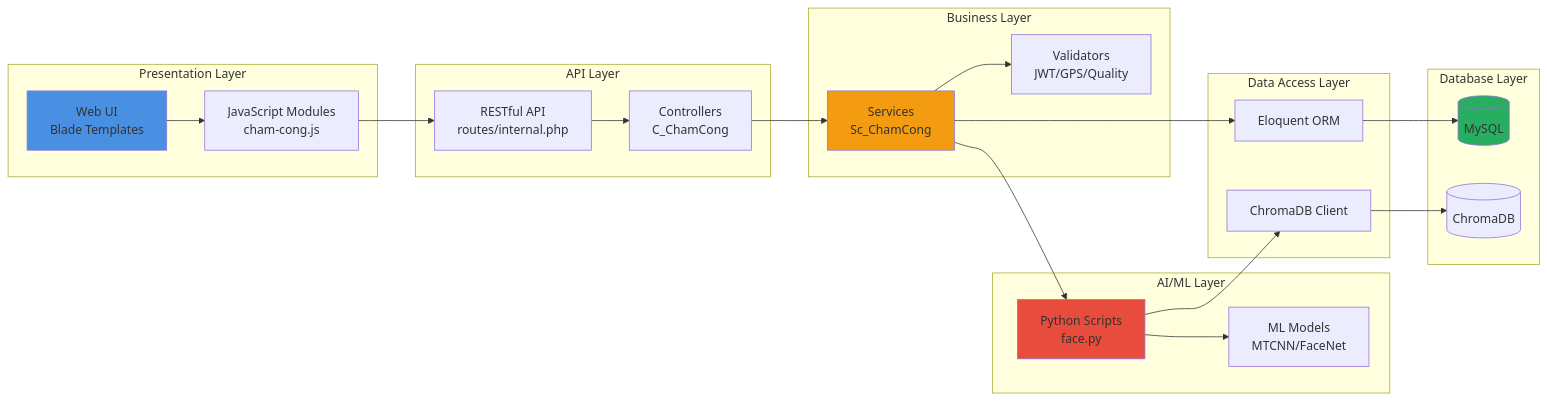
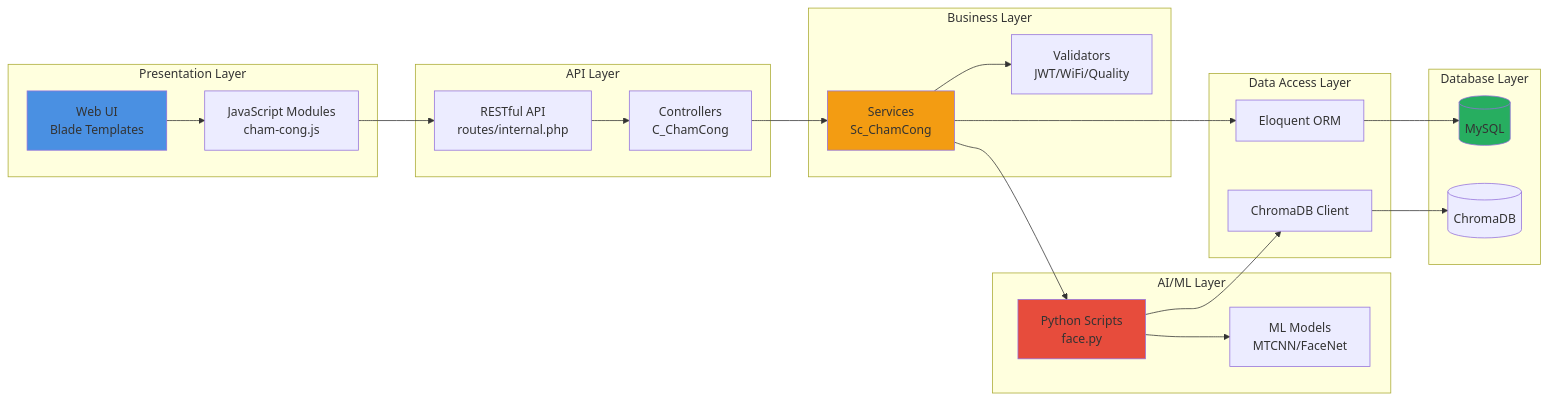
Before and after one commit to iuh21004175/EPIC--Theater-chain-management-system-NGINX-: the second of 12 diagrams in doc/TAI_LIEU_CHAM_CONG.md, drawn with Mermaid. The commit also changed other lines of this file and 5 other files, not shown here.

````diff
--- a/doc/TAI_LIEU_CHAM_CONG.md
+++ b/doc/TAI_LIEU_CHAM_CONG.md
@@ -89,42 +89,42 @@
 ```mermaid
 graph LR
     subgraph "Presentation Layer"
         UI[Web UI<br/>Blade Templates]
         JS[JavaScript Modules<br/>cham-cong.js]
     end
     
     subgraph "API Layer"
         REST[RESTful API<br/>routes/internal.php]
         CTRL[Controllers<br/>C_ChamCong]
     end
     
     subgraph "Business Layer"
         SVC[Services<br/>Sc_ChamCong]
-        VALID[Validators<br/>JWT/GPS/Quality]
+        VALID[Validators<br/>JWT/WiFi/Quality]
     end
     
     subgraph "AI/ML Layer"
         PY[Python Scripts<br/>face.py]
         ML[ML Models<br/>MTCNN/FaceNet]
     end
     
     subgraph "Data Access Layer"
         ORM[Eloquent ORM]
         CHROMA[ChromaDB Client]
     end
     
     subgraph "Database Layer"
         SQL[(MySQL)]
         VECTOR[(ChromaDB)]
     end
     
     UI --> JS --> REST --> CTRL --> SVC --> VALID
     SVC --> PY --> ML
     SVC --> ORM --> SQL
     PY --> CHROMA --> VECTOR
     
     style UI fill:#4a90e2
     style SVC fill:#f39c12
     style PY fill:#e74c3c
     style SQL fill:#27ae60
 ```
````
